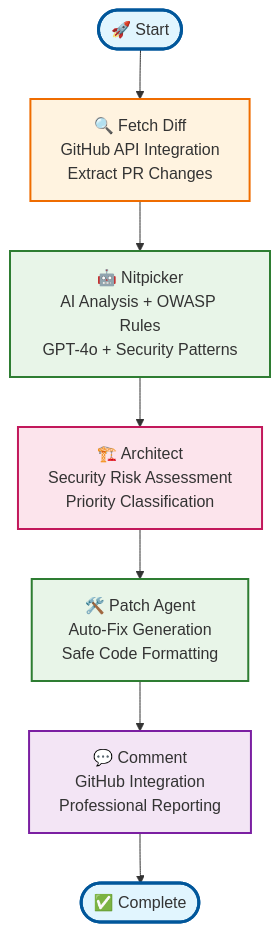
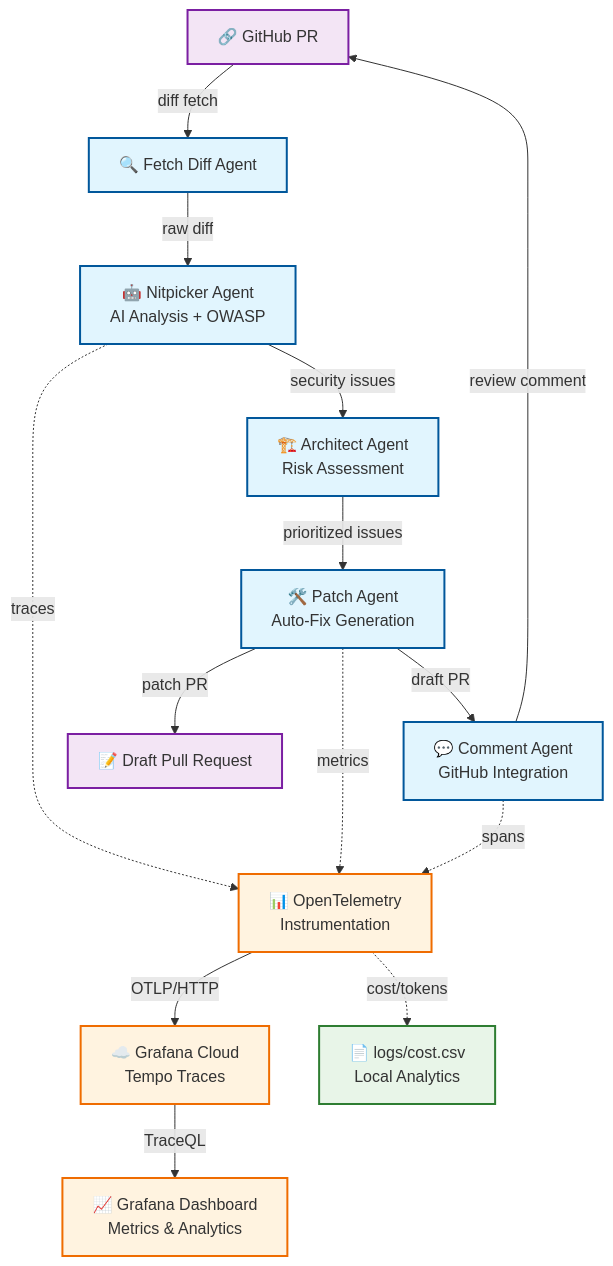
Before and after one commit to siwenwang0803/secure-pr-guard: the diagram in README.md, drawn with Mermaid. The commit also changed other lines of this file and 2 other files, not shown here.

First line of the commit message:
docs: add architecture diagram & observability dashboard

````diff
--- a/README.md
+++ b/README.md
@@ -5,26 +9,38 @@
 ```mermaid
 graph TD
-    START([🚀 Start]) --> fetch_diff[🔍 Fetch Diff<br/>GitHub API Integration<br/>Extract PR Changes]
+    %% GitHub Integration
+    GH[🔗 GitHub PR] --> |"diff fetch"| FD[🔍 Fetch Diff Agent]
     
-    fetch_diff --> nitpicker[🤖 Nitpicker<br/>AI Analysis + OWASP Rules<br/>GPT-4o + Security Patterns]
+    %% Multi-Agent Pipeline
+    FD --> |"raw diff"| NP[🤖 Nitpicker Agent<br/>AI Analysis + OWASP]
+    NP --> |"security issues"| AR[🏗️ Architect Agent<br/>Risk Assessment]
+    AR --> |"prioritized issues"| PA[🛠️ Patch Agent<br/>Auto-Fix Generation]
+    PA --> |"draft PR"| CM[💬 Comment Agent<br/>GitHub Integration]
     
-    nitpicker --> architect[🏗️ Architect<br/>Security Risk Assessment<br/>Priority Classification]
+    %% Output Channels
+    CM --> |"review comment"| GH
+    PA --> |"patch PR"| PR[📝 Draft Pull Request]
     
-    architect --> patch[🛠️ Patch Agent<br/>Auto-Fix Generation<br/>Safe Code Formatting]
+    %% Observability Layer
+    NP -.-> |"traces"| OT[📊 OpenTelemetry<br/>Instrumentation]
+    PA -.-> |"metrics"| OT
+    CM -.-> |"spans"| OT
     
-    patch --> comment[💬 Comment<br/>GitHub Integration<br/>Professional Reporting]
+    %% Monitoring Stack
+    OT --> |"OTLP/HTTP"| GC[☁️ Grafana Cloud<br/>Tempo Traces]
+    GC --> |"TraceQL"| GB[📈 Grafana Dashboard<br/>Metrics & Analytics]
     
-    comment --> END([✅ Complete])
+    %% Cost & Performance Tracking
+    OT -.-> |"cost/tokens"| CSV[📄 logs/cost.csv<br/>Local Analytics]
     
-    classDef startEnd fill:#e1f5fe,stroke:#01579b,stroke-width:3px
-    classDef fetch fill:#fff3e0,stroke:#ef6c00,stroke-width:2px
-    classDef ai fill:#e8f5e8,stroke:#2e7d32,stroke-width:2px
-    classDef security fill:#fce4ec,stroke:#c2185b,stroke-width:2px
-    classDef output fill:#f3e5f5,stroke:#7b1fa2,stroke-width:2px
+    %% Styling
+    classDef agent fill:#e1f5fe,stroke:#01579b,stroke-width:2px
+    classDef github fill:#f3e5f5,stroke:#7b1fa2,stroke-width:2px
+    classDef observability fill:#fff3e0,stroke:#ef6c00,stroke-width:2px
+    classDef storage fill:#e8f5e8,stroke:#2e7d32,stroke-width:2px
     
-    class START,END startEnd
-    class fetch_diff fetch
-    class nitpicker,patch ai
-    class architect security
-    class comment output
+    class FD,NP,AR,PA,CM agent
+    class GH,PR github
+    class OT,GC,GB observability
+    class CSV storage
 ```
````
